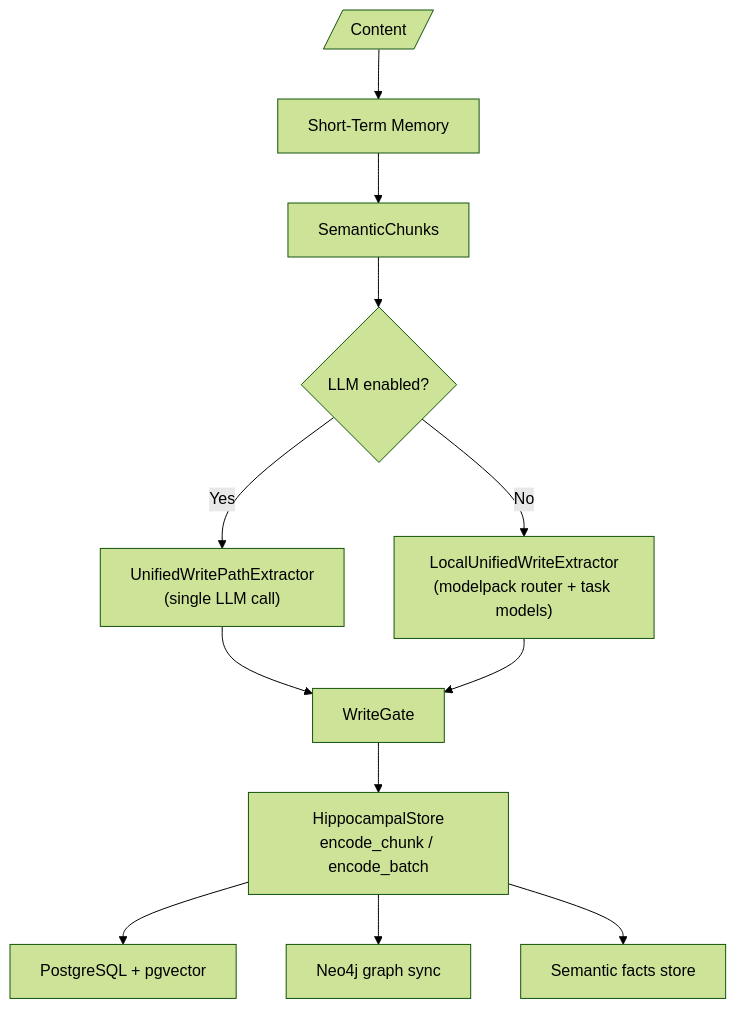
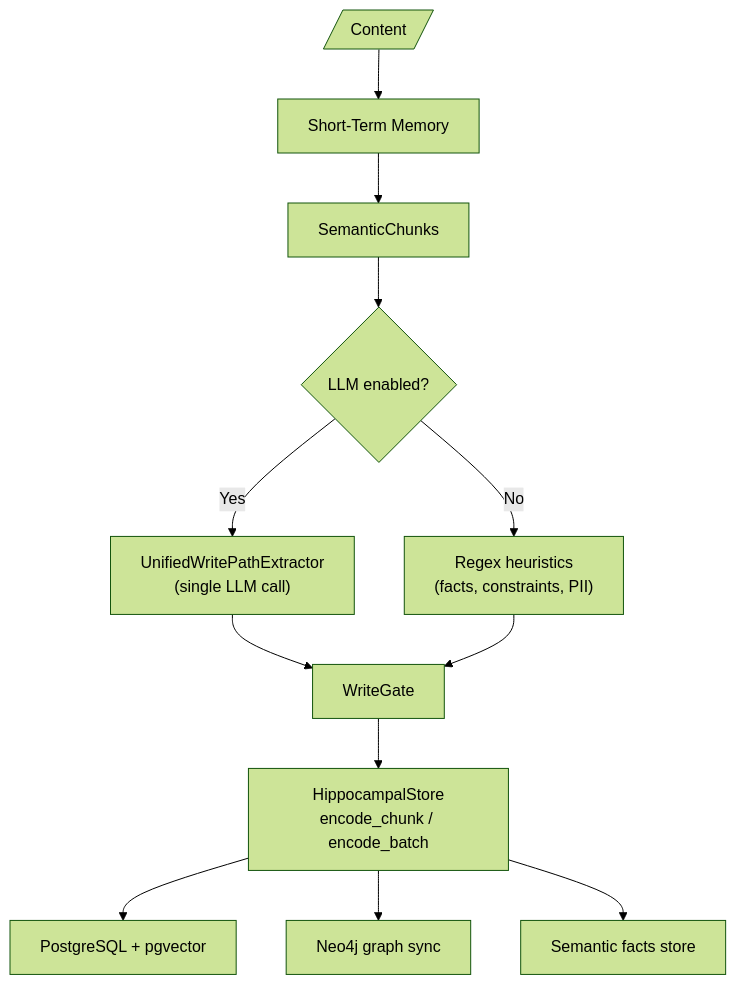
The diagram in ProjectPlan/BaseCML/BaseCMLStatus.md (avinash-mall/CognitiveMemoryLayer), drawn with Mermaid (forest theme) before and after one commit. The commit also changed other lines of this file and 17 other files, not shown here.

````diff
--- a/ProjectPlan/BaseCML/BaseCMLStatus.md
+++ b/ProjectPlan/BaseCML/BaseCMLStatus.md
@@ -80,14 +80,14 @@
 ```mermaid
 flowchart TD
     Input[/"Content"/] --> STM["Short-Term Memory"]
     STM --> Chunks["SemanticChunks"]
     Chunks --> Decision{LLM enabled?}
     Decision -->|Yes| Unified["UnifiedWritePathExtractor\n(single LLM call)"]
-    Decision -->|No| Local["LocalUnifiedWriteExtractor\n(modelpack router + task models)"]
+    Decision -->|No| Local["Regex heuristics\n(facts, constraints, PII)"]
     Unified --> Gate["WriteGate"]
     Local --> Gate
     Gate --> Encode["HippocampalStore\nencode_chunk / encode_batch"]
     Encode --> Upsert["PostgreSQL + pgvector"]
     Encode --> GraphSync["Neo4j graph sync"]
     Encode --> Facts["Semantic facts store"]
 ```
````
